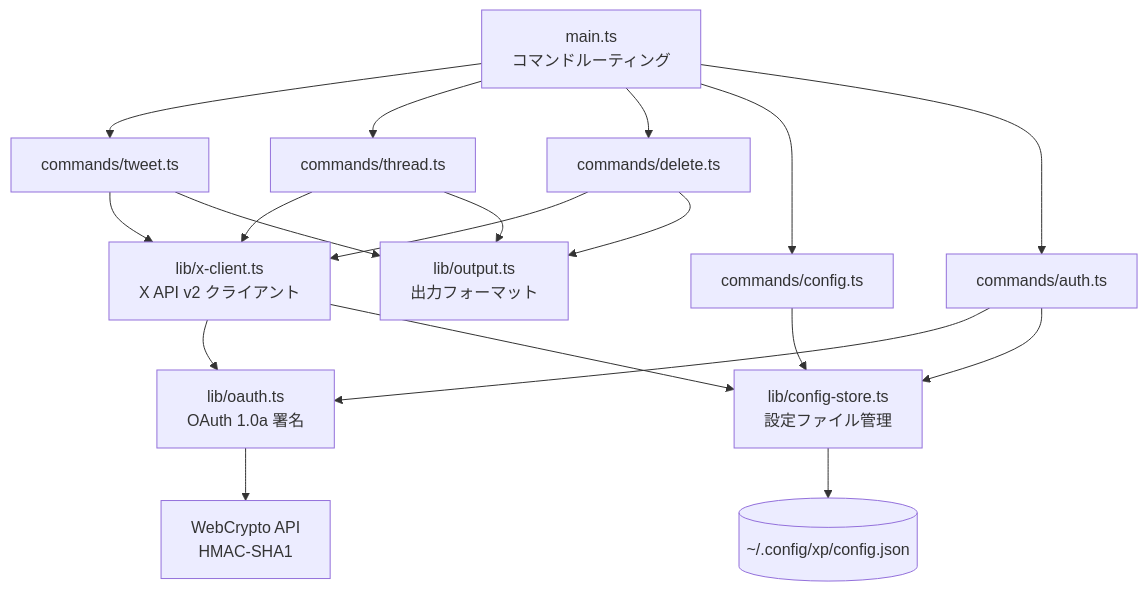
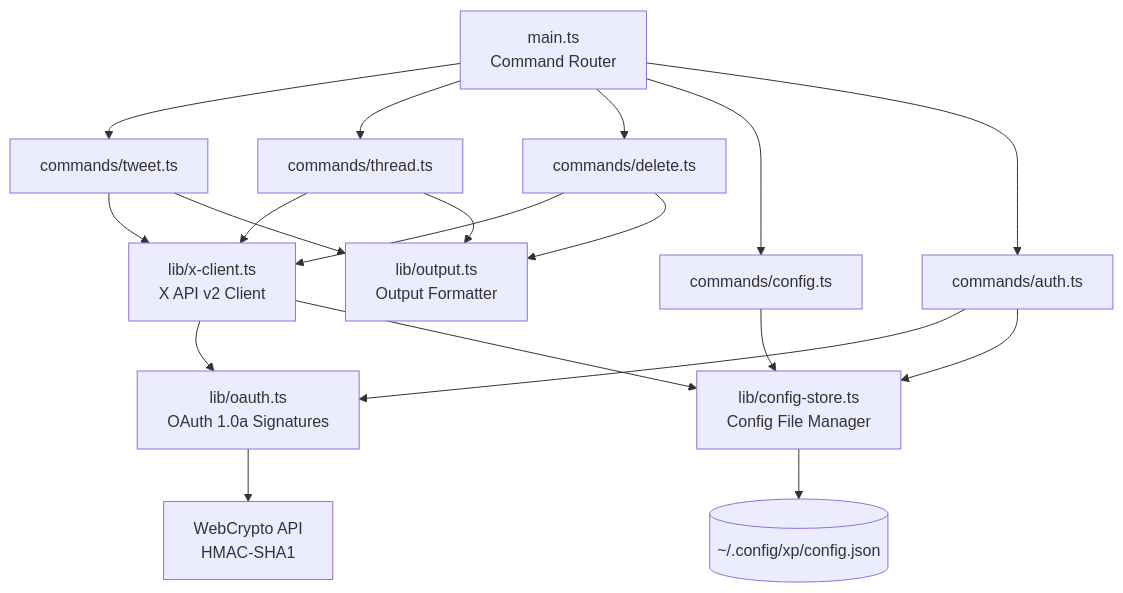
The fourth of 4 diagrams in README.md (tawachan/xp), drawn with Mermaid before and after one commit. The commit also changed other lines of this file and 1 other file, not shown here.

````diff
--- a/README.md
+++ b/README.md
@@ -149,25 +191,25 @@
 ```mermaid
 graph TD
-    A[main.ts<br/>コマンドルーティング] --> B[commands/tweet.ts]
+    A[main.ts<br/>Command Router] --> B[commands/tweet.ts]
     A --> C[commands/thread.ts]
     A --> D[commands/delete.ts]
     A --> E[commands/config.ts]
     A --> F[commands/auth.ts]
 
-    B --> G[lib/x-client.ts<br/>X API v2 クライアント]
+    B --> G[lib/x-client.ts<br/>X API v2 Client]
     C --> G
     D --> G
-    F --> H[lib/oauth.ts<br/>OAuth 1.0a 署名]
+    F --> H[lib/oauth.ts<br/>OAuth 1.0a Signatures]
 
     G --> H
-    G --> I[lib/config-store.ts<br/>設定ファイル管理]
+    G --> I[lib/config-store.ts<br/>Config File Manager]
     F --> I
     E --> I
 
-    B --> J[lib/output.ts<br/>出力フォーマット]
+    B --> J[lib/output.ts<br/>Output Formatter]
     C --> J
     D --> J
 
     I --> K[(~/.config/xp/config.json)]
     H --> L[WebCrypto API<br/>HMAC-SHA1]
 ```
````
